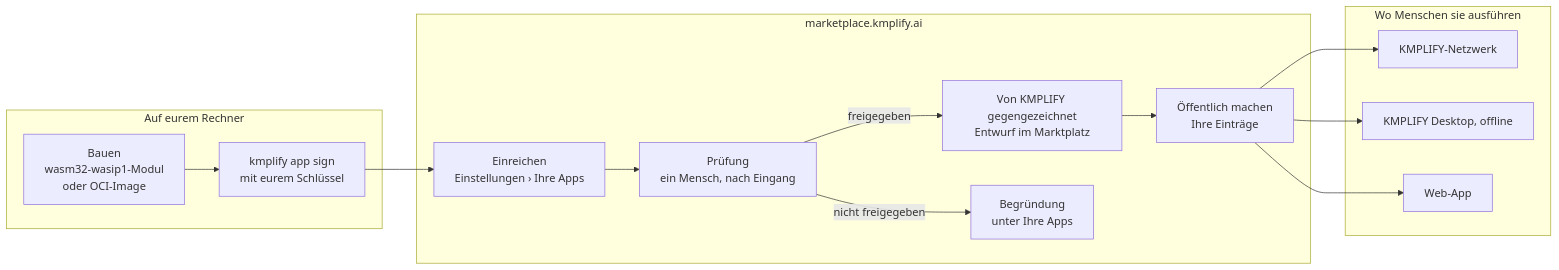
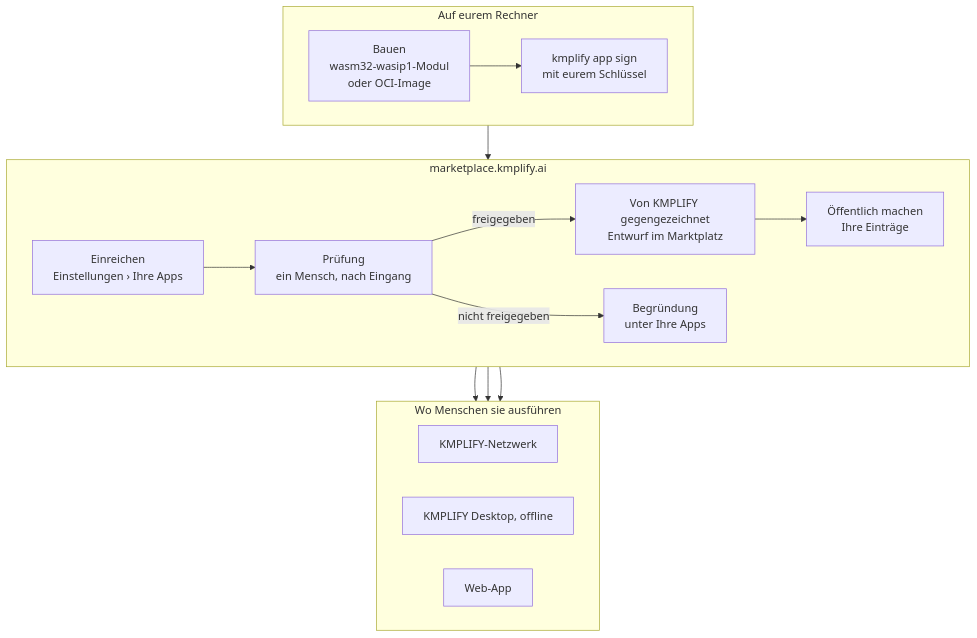
Before and after one commit to kmplify/kmplify-dev-sdk: the first of 3 diagrams in README.de.md, drawn with Mermaid. The commit also changed 1 other file, not shown here.

Commit message:
:art: README: How it works diagram in three stacked bands, readable at GitHub width

````diff
--- a/README.de.md
+++ b/README.de.md
@@ -77,19 +77,22 @@
 ```mermaid
-flowchart LR
+flowchart TB
     subgraph you["Auf eurem Rechner"]
+        direction LR
         A["Bauen<br/>wasm32-wasip1-Modul<br/>oder OCI-Image"] --> B["kmplify app sign<br/>mit eurem Schlüssel"]
     end
     subgraph mp["marketplace.kmplify.ai"]
+        direction LR
         C["Einreichen<br/>Einstellungen › Ihre Apps"] --> D["Prüfung<br/>ein Mensch, nach Eingang"]
         D -->|freigegeben| E["Von KMPLIFY gegengezeichnet<br/>Entwurf im Marktplatz"]
         E --> F["Öffentlich machen<br/>Ihre Einträge"]
         D -->|nicht freigegeben| R["Begründung<br/>unter Ihre Apps"]
     end
     subgraph run["Wo Menschen sie ausführen"]
+        direction LR
         G["KMPLIFY-Netzwerk"]
         H["KMPLIFY Desktop, offline"]
         I["Web-App"]
     end
     B --> C
     F --> G & H & I
 ```
````
